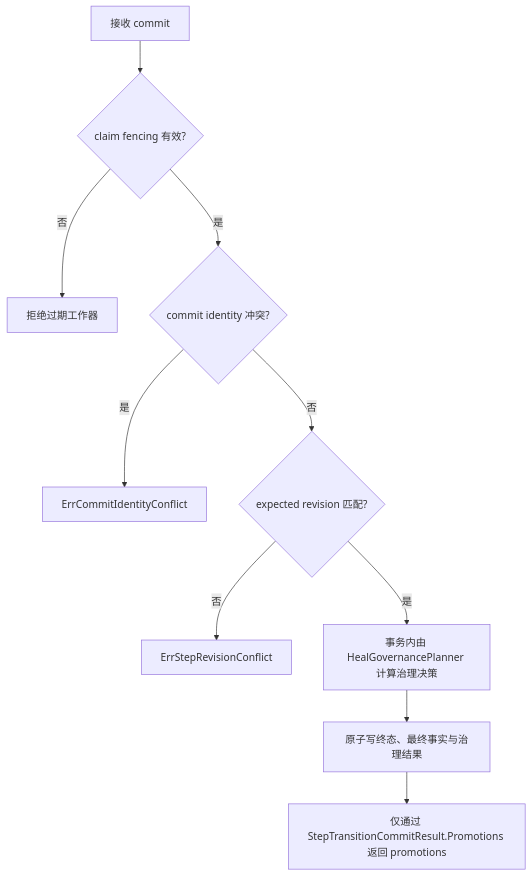
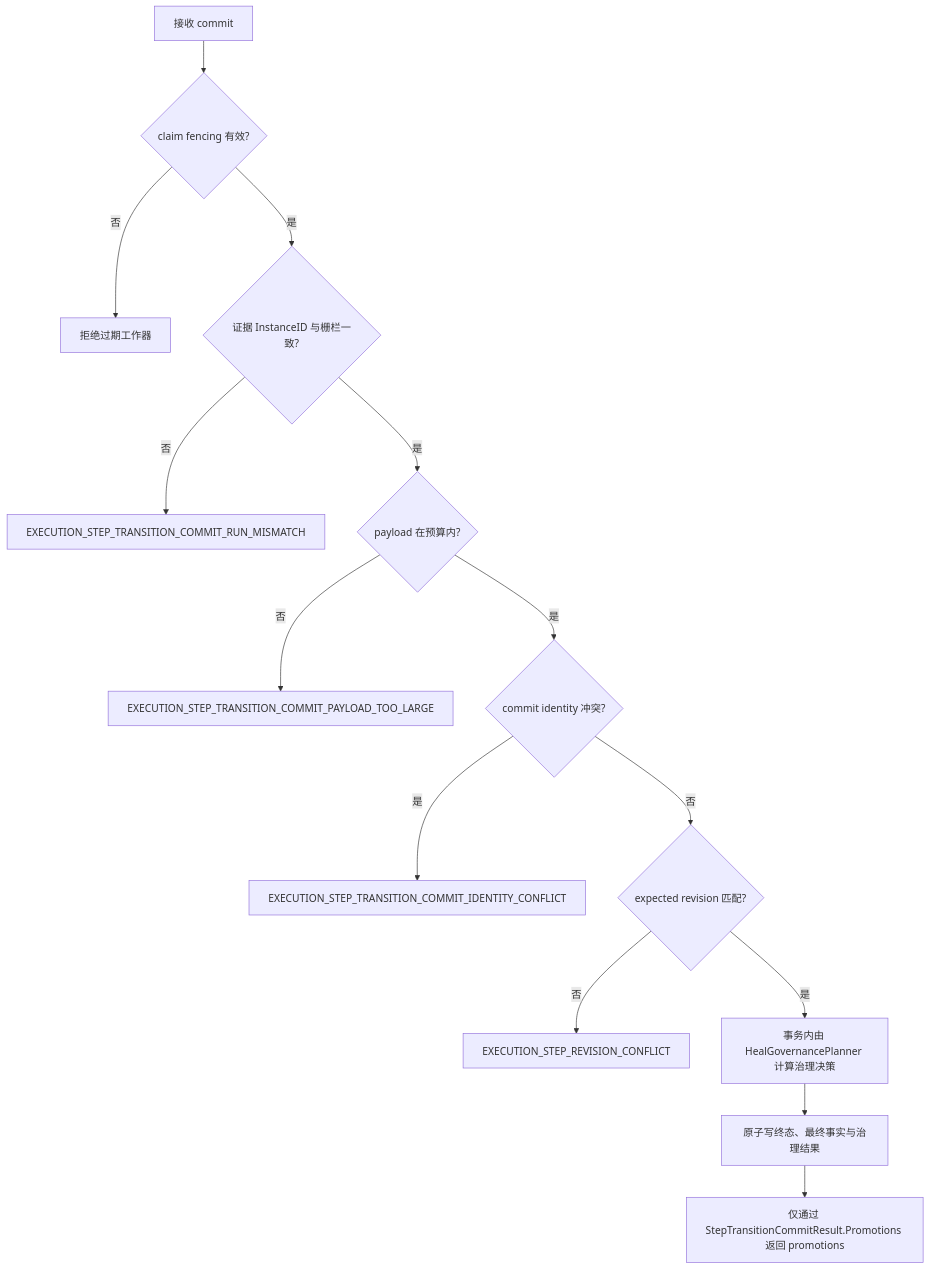
Before and after one commit to Capsule7446/healix-core: the second of 2 diagrams in docs/application/execution/commit-step-transition.md, drawn with Mermaid. The commit also changed other lines of this file and 380 other files, not shown here.

````diff
--- a/docs/application/execution/commit-step-transition.md
+++ b/docs/application/execution/commit-step-transition.md
@@ -37,12 +37,16 @@
 ```mermaid
 flowchart TD
     A[接收 commit] --> B{claim fencing 有效?}
     B -- 否 --> E1[拒绝过期工作器]
-    B -- 是 --> C{commit identity 冲突?}
-    C -- 是 --> E2[ErrCommitIdentityConflict]
+    B -- 是 --> B2{证据 InstanceID 与栅栏一致?}
+    B2 -- 否 --> E4[EXECUTION_STEP_TRANSITION_COMMIT_RUN_MISMATCH]
+    B2 -- 是 --> B3{payload 在预算内?}
+    B3 -- 否 --> E5[EXECUTION_STEP_TRANSITION_COMMIT_PAYLOAD_TOO_LARGE]
+    B3 -- 是 --> C{commit identity 冲突?}
+    C -- 是 --> E2[EXECUTION_STEP_TRANSITION_COMMIT_IDENTITY_CONFLICT]
     C -- 否 --> D{expected revision 匹配?}
-    D -- 否 --> E3[ErrStepRevisionConflict]
+    D -- 否 --> E3[EXECUTION_STEP_REVISION_CONFLICT]
     D -- 是 --> F[事务内由 HealGovernancePlanner 计算治理决策]
     F --> G[原子写终态、最终事实与治理结果]
     G --> H[仅通过 StepTransitionCommitResult.Promotions 返回 promotions]
 ```
````
